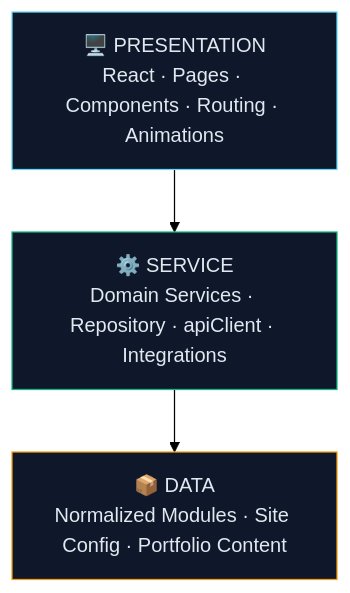
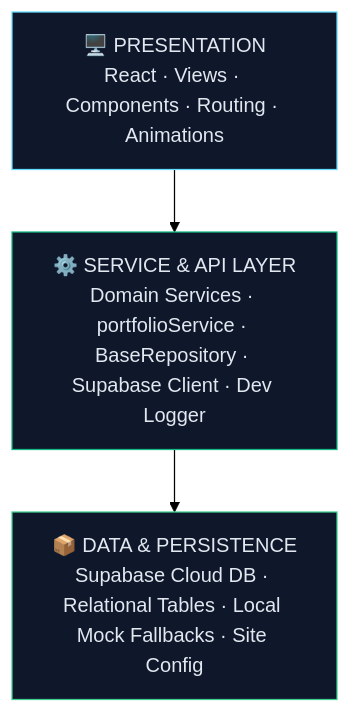
One commit to Haiderali445/portfolio-website changed the first of 15 diagrams in README.md. Above: the diagram before and after it, drawn with Mermaid (forest theme). The commit also changed other lines of this file, not shown here.

Commit message:
docs: revamp architecture flow, supabase data layer, and modular ERD schemas

````diff
--- a/README.md
+++ b/README.md
@@ -58,12 +61,12 @@
 ```mermaid
 flowchart TD
-    P["🖥️ PRESENTATION\nReact · Pages · Components · Routing · Animations"]
-    S["⚙️ SERVICE\nDomain Services · Repository · apiClient · Integrations"]
-    D["📦 DATA\nNormalized Modules · Site Config · Portfolio Content"]
+    P["🖥️ PRESENTATION\nReact · Views · Components · Routing · Animations"]
+    S["⚙️ SERVICE & API LAYER\nDomain Services · portfolioService · BaseRepository · Supabase Client · Dev Logger"]
+    D["📦 DATA & PERSISTENCE\nSupabase Cloud DB · Relational Tables · Local Mock Fallbacks · Site Config"]
 
     P --> S --> D
 
     style P fill:#0f172a,stroke:#61DAFB,color:#e2e8f0
     style S fill:#0f172a,stroke:#10B981,color:#e2e8f0
-    style D fill:#0f172a,stroke:#F59E0B,color:#e2e8f0
+    style D fill:#0f172a,stroke:#3ECF8E,color:#e2e8f0
 ```
````
